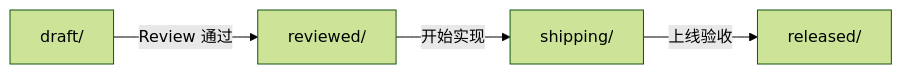
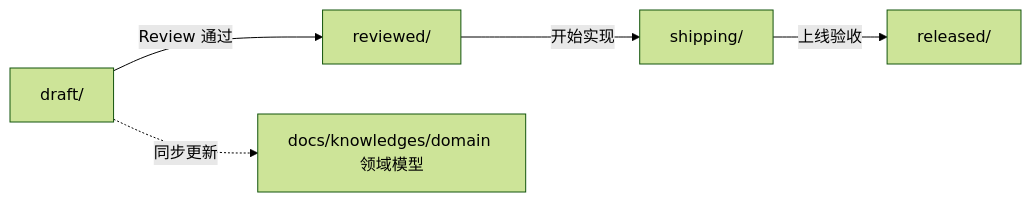
One commit to Deliay/z-agent-gear changed the diagram in docs/product/AGENTS.md. Above: the diagram before and after it, drawn with Mermaid (forest theme). The commit also changed other lines of this file and 16 other files, not shown here.

````diff
--- a/docs/product/AGENTS.md
+++ b/docs/product/AGENTS.md
@@ -76,6 +78,7 @@
 ```mermaid
 flowchart LR
     D[draft/] -->|Review 通过| R[reviewed/]
     R -->|开始实现| S[shipping/]
     S -->|上线验收| P[released/]
+    D -.->|同步更新| K[docs/knowledges/domain 领域模型]
 ```
````
